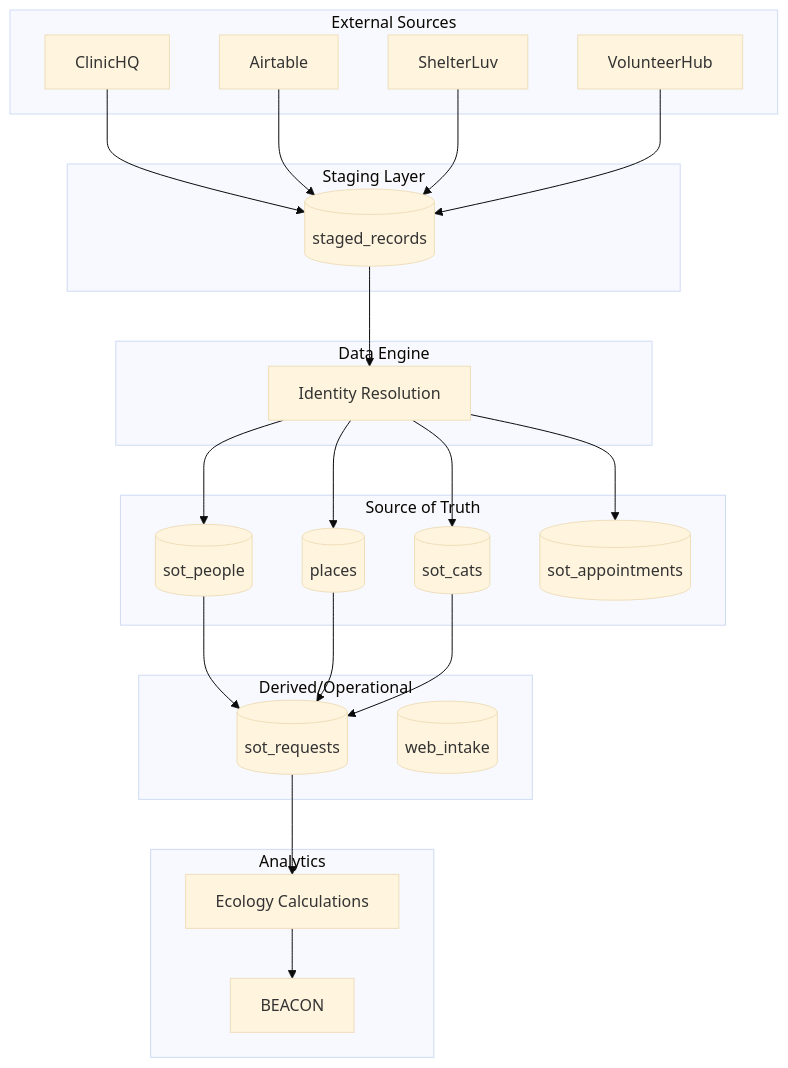
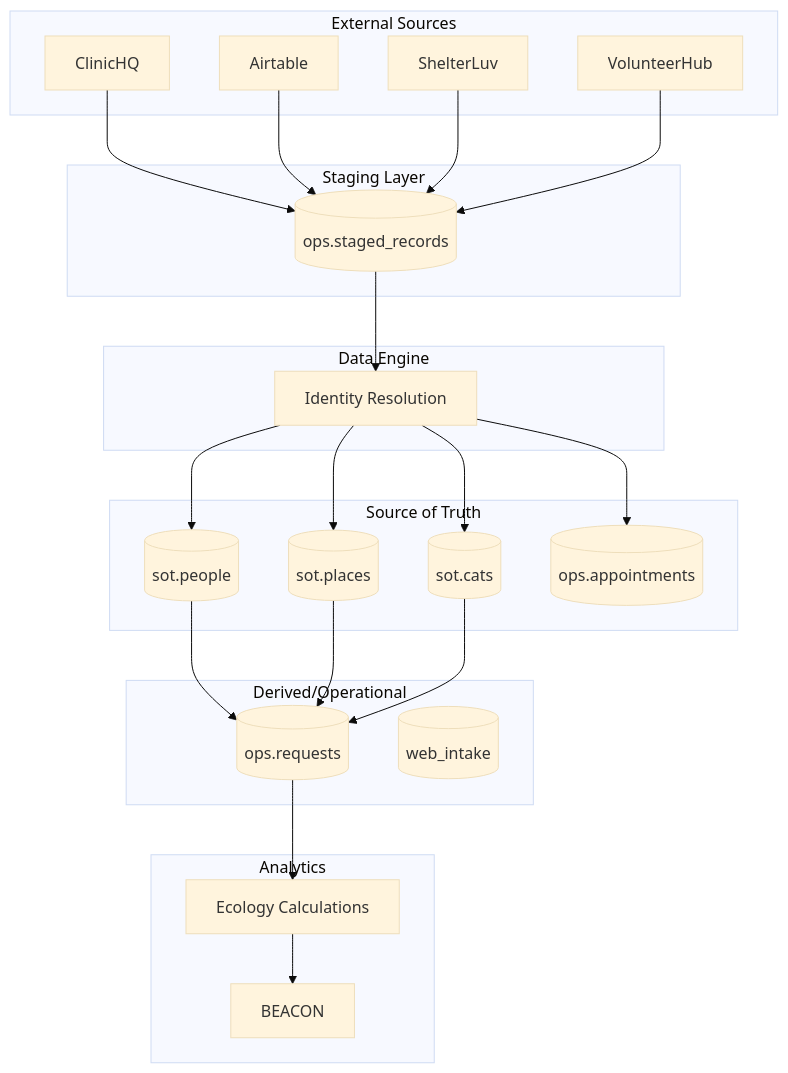
The diagram in docs/DATA_FLOW_ARCHITECTURE.md (benffsc/Atlas), drawn with Mermaid (base theme) before and after one commit. The commit also changed other lines of this file and 64 other files, not shown here.

First line of the commit message:
docs(FFS-652): V1→V2 schema cleanup + archive 8 redundant docs

````diff
--- a/docs/DATA_FLOW_ARCHITECTURE.md
+++ b/docs/DATA_FLOW_ARCHITECTURE.md
@@ -398,49 +398,49 @@
 ```mermaid
 flowchart TD
     subgraph External["External Sources"]
         CHQ[ClinicHQ]
         AT[Airtable]
         SL[ShelterLuv]
         VH[VolunteerHub]
     end
 
     subgraph Staging["Staging Layer"]
-        SR[(staged_records)]
+        SR[(ops.staged_records)]
     end
 
     subgraph DataEngine["Data Engine"]
         DE[Identity Resolution]
     end
 
     subgraph SOT["Source of Truth"]
-        People[(sot_people)]
-        Cats[(sot_cats)]
-        Places[(places)]
-        Appts[(sot_appointments)]
+        People[(sot.people)]
+        Cats[(sot.cats)]
+        Places[(sot.places)]
+        Appts[(ops.appointments)]
     end
 
     subgraph Derived["Derived/Operational"]
-        Requests[(sot_requests)]
+        Requests[(ops.requests)]
         Intake[(web_intake)]
     end
 
     subgraph Analytics["Analytics"]
         Ecology[Ecology Calculations]
         Beacon[BEACON]
     end
 
     CHQ --> SR
     AT --> SR
     SL --> SR
     VH --> SR
     SR --> DE
     DE --> People
     DE --> Cats
     DE --> Places
     DE --> Appts
     People --> Requests
     Places --> Requests
     Cats --> Requests
     Requests --> Ecology
     Ecology --> Beacon
 ```
````
